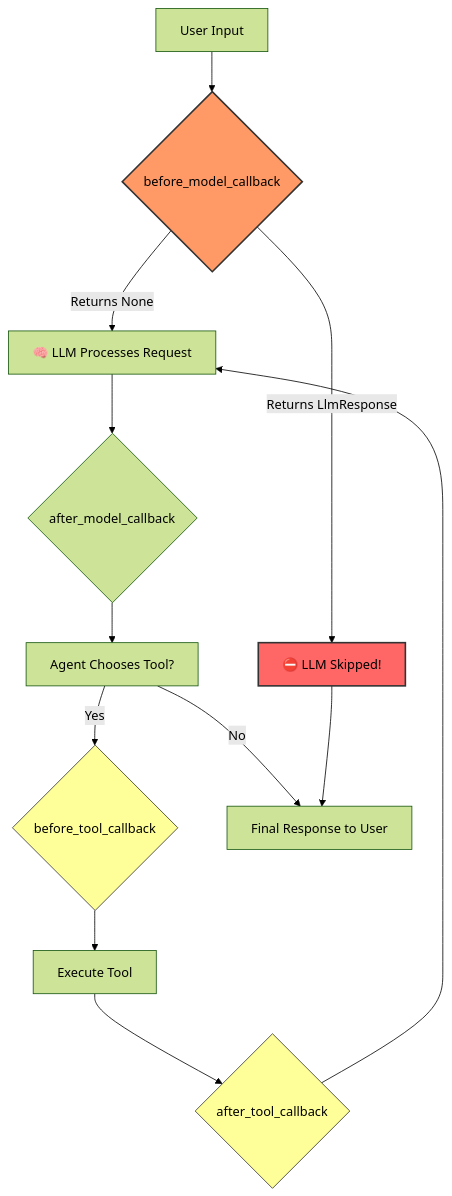
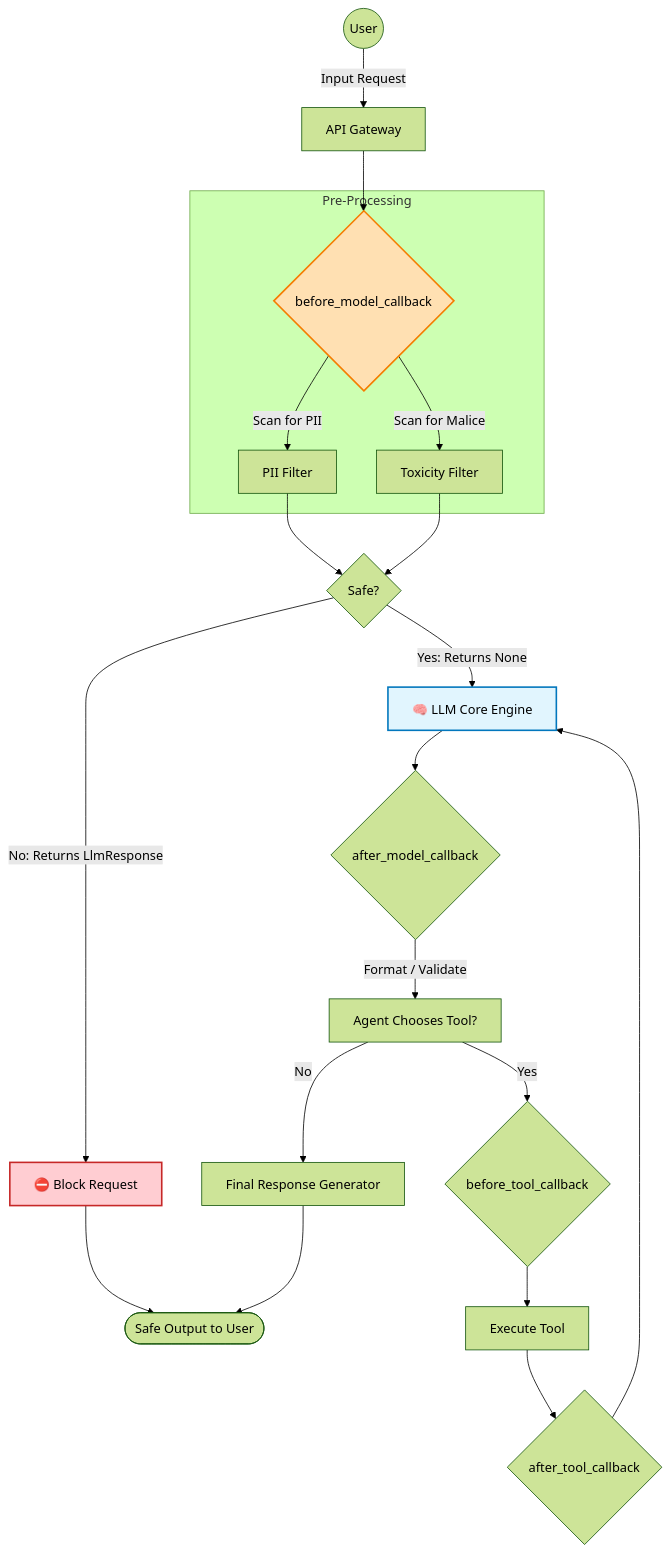
One commit to stmarkadebayo/BWAI-OAU_AI-Agents changed the diagram in labs/02_advanced/02b_guardrails_agent/README.md. Above: the diagram before and after it, drawn with Mermaid (forest theme). The commit also changed 5 other files, not shown here.

Commit message:
improved remaining lab diagrams

````diff
--- a/labs/02_advanced/02b_guardrails_agent/README.md
+++ b/labs/02_advanced/02b_guardrails_agent/README.md
@@ -11,19 +11,32 @@
 ```mermaid
 graph TD
-    A[User Input] --> B{before_model_callback}
-    B -->|Returns None| C[🧠 LLM Processes Request]
-    B -->|Returns LlmResponse| D[⛔ LLM Skipped!]
-    C --> E{after_model_callback}
-    E --> F[Agent Chooses Tool?]
+    User((User)) -->|Input Request| Gateway[API Gateway]
+    Gateway --> B{before_model_callback}
+    
+    subgraph Pre-Processing
+        B -->|Scan for PII| Check1[PII Filter]
+        B -->|Scan for Malice| Check2[Toxicity Filter]
+    end
+    
+    Check1 --> Eval{Safe?}
+    Check2 --> Eval
+    
+    Eval -->|No: Returns LlmResponse| Reject[⛔ Block Request]
+    Reject --> Output([Safe Output to User])
+    
+    Eval -->|Yes: Returns None| LLM[🧠 LLM Core Engine]
+    LLM --> E{after_model_callback}
+    
+    E -->|Format / Validate| F[Agent Chooses Tool?]
     F -->|Yes| G{before_tool_callback}
     G --> H[Execute Tool]
     H --> I{after_tool_callback}
-    I --> C
-    F -->|No| J[Final Response to User]
-    D --> J
+    I --> LLM
     
-    style B fill:#f96,stroke:#333,stroke-width:2px
-    style D fill:#f66,stroke:#333,stroke-width:2px
-    style G fill:#ff9,stroke:#333
-    style I fill:#ff9,stroke:#333
+    F -->|No| J[Final Response Generator]
+    J --> Output
+    
+    style B fill:#ffe0b2,stroke:#f57c00,stroke-width:2px
+    style Reject fill:#ffcdd2,stroke:#c62828,stroke-width:2px
+    style LLM fill:#e1f5fe,stroke:#0277bd,stroke-width:2px
 ```
````
